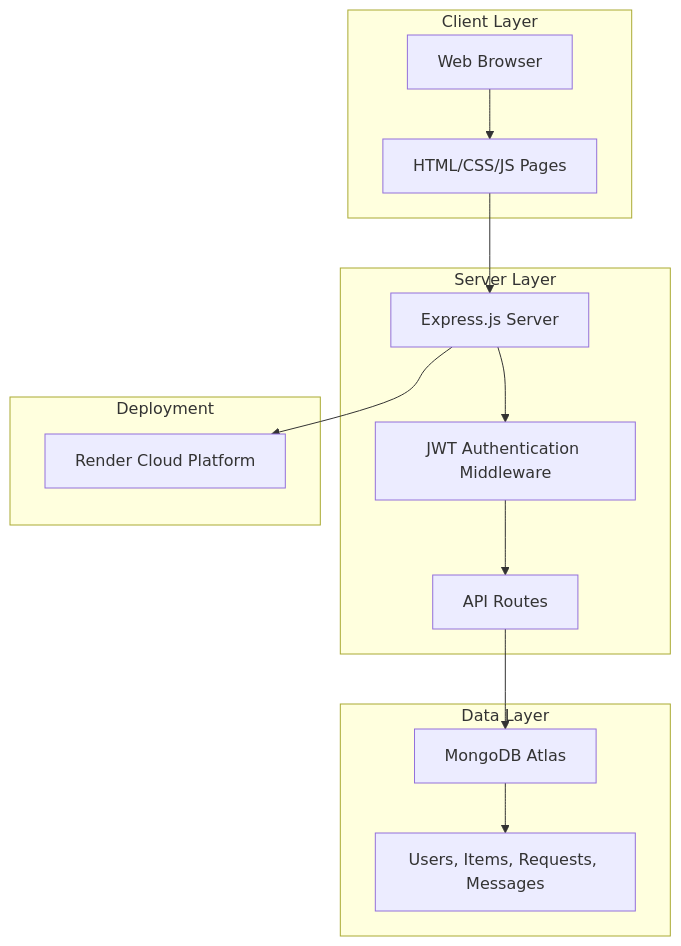
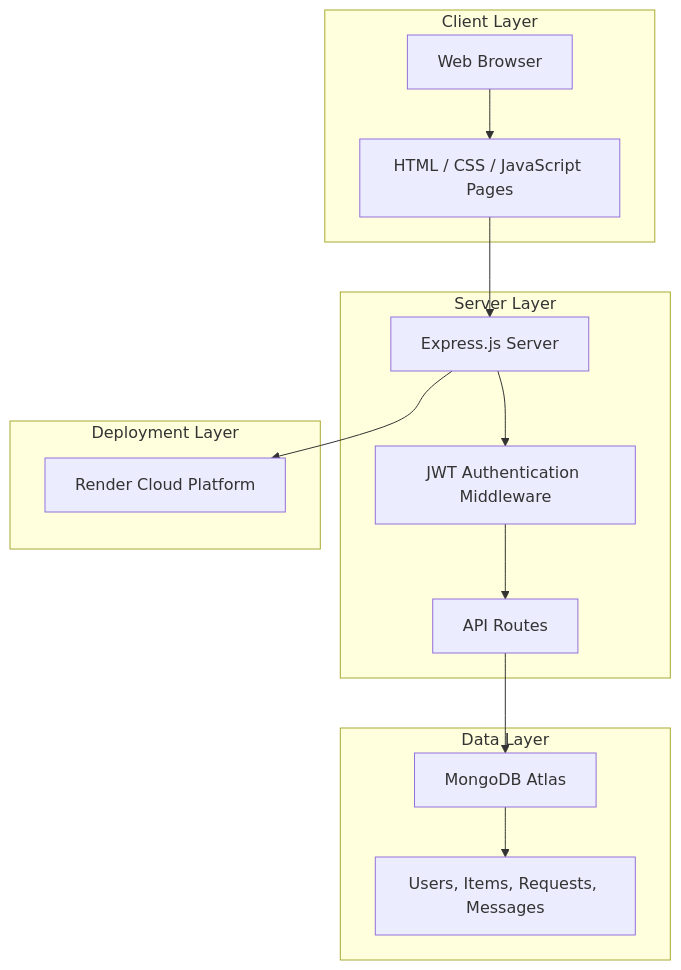
Before and after one commit to CapstoneDesign-Spring2026-UlsanCollege/Free_Sewaa: the first of 5 diagrams in docs/UML_AND_MERMAID_DIAGRAMS.md, drawn with Mermaid. The commit also changed other lines of this file, not shown here.

First line of the commit message:
Fix Mermaid parse errors and enhance diagrams

````diff
--- a/docs/UML_AND_MERMAID_DIAGRAMS.md
+++ b/docs/UML_AND_MERMAID_DIAGRAMS.md
@@ -23,30 +21,30 @@
 ```mermaid
 flowchart TB
     subgraph Client["Client Layer"]
-        Browser[Web Browser]
-        HTML[HTML/CSS/JS Pages]
+        Browser["Web Browser"]
+        HTML["HTML / CSS / JavaScript Pages"]
     end
 
     subgraph Server["Server Layer"]
-        Express[Express.js Server]
-        Auth[JWT Authentication Middleware]
-        Routes[API Routes]
+        Express["Express.js Server"]
+        Auth["JWT Authentication Middleware"]
+        Routes["API Routes"]
     end
 
     subgraph Database["Data Layer"]
-        MongoDB[MongoDB Atlas]
-        Collections[Users, Items, Requests, Messages]
+        MongoDB["MongoDB Atlas"]
+        Collections["Users, Items, Requests, Messages"]
     end
 
-    subgraph Deployment["Deployment"]
-        Render[Render Cloud Platform]
+    subgraph Deployment["Deployment Layer"]
+        Render["Render Cloud Platform"]
     end
 
     Browser --> HTML
     HTML --> Express
     Express --> Auth
     Auth --> Routes
     Routes --> MongoDB
     MongoDB --> Collections
     Express --> Render
 ```
````
